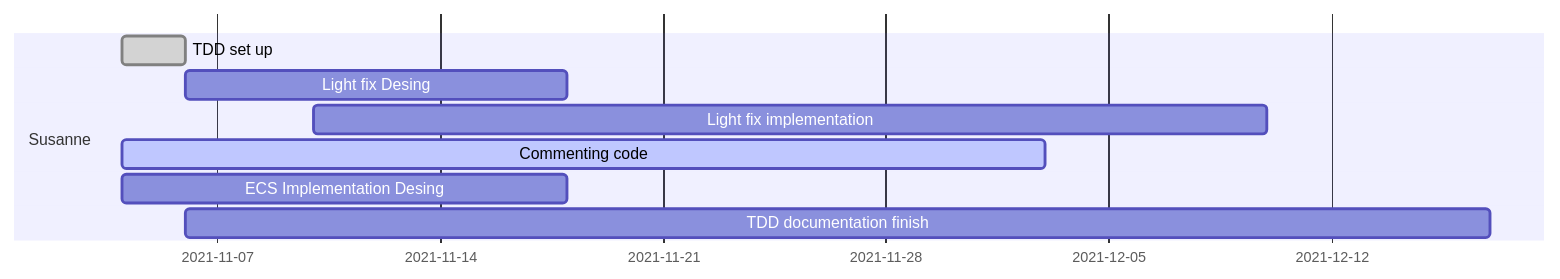
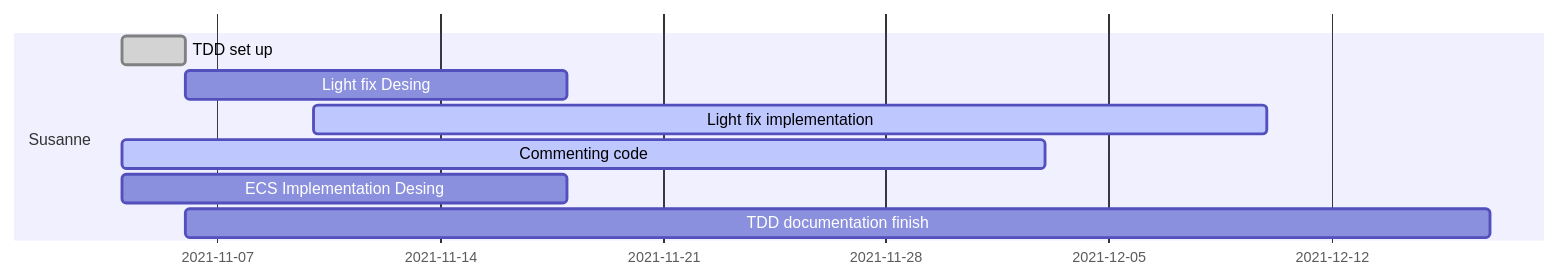
The fifth of 8 diagrams in docs/ProjectPlan.md (IlkkaTakala/Eril-Engine), drawn with Mermaid before and after one commit. The commit also changed other lines of this file, not shown here.

Commit message:
Changed timelines, added new member

````diff
--- a/docs/ProjectPlan.md
+++ b/docs/ProjectPlan.md
@@ -97,12 +98,12 @@
 ```mermaid
 gantt
 dateFormat  DD-MM
 
 section Susanne
 TDD set up              :done,    sdes1, 04-11, 06-11
 Light fix  Desing       :         sdes2, after sdes1, 18-11
-Light fix implementation:         sdes3, 10-11, 10-12
+Light fix implementation:active,  sdes3, 10-11, 10-12
 Commenting code         :active,  sdes4, 04-11, 03-12
 ECS Implementation Desing:        sdes5, 04-11, 18-11
 TDD documentation finish:         sdes6, after sdes1, 17-12
 ```
````
